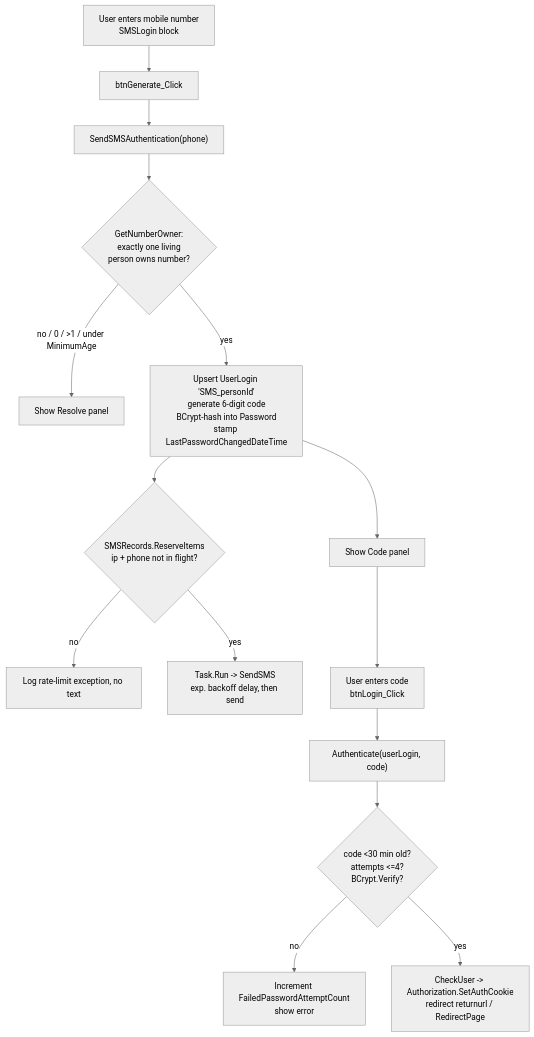
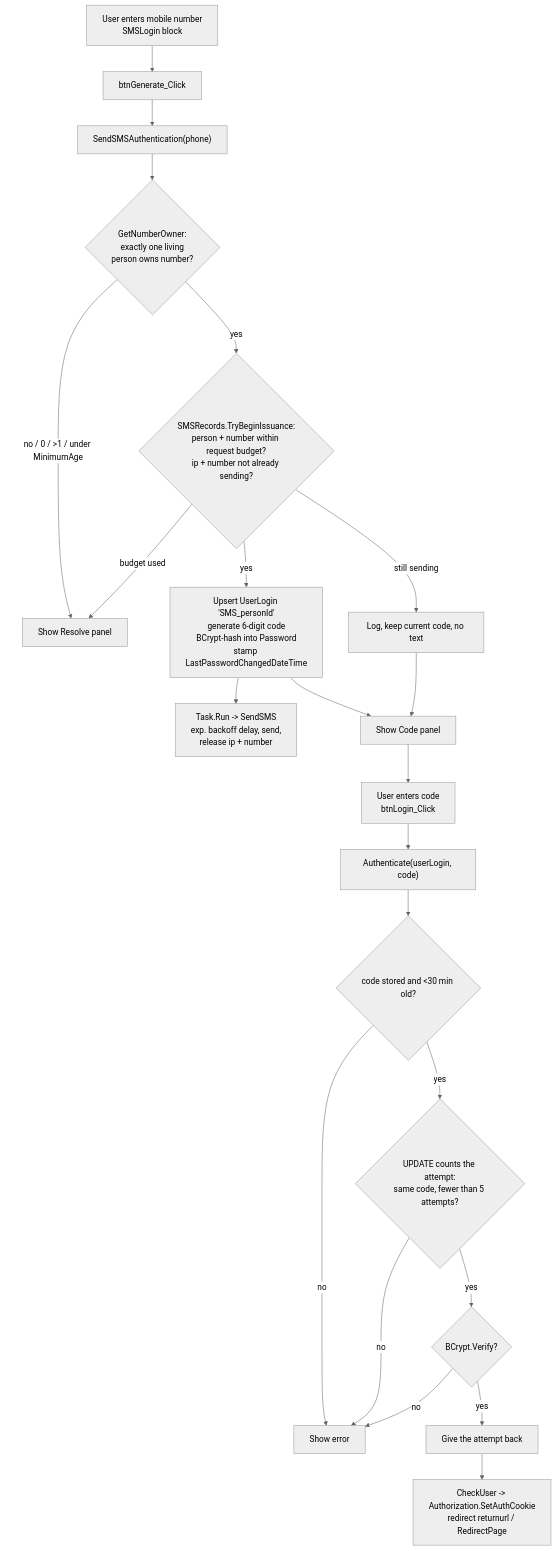
One commit to secc/RockPlugins changed the diagram in Plugins/org.secc.Authentication/README.md. Above: the diagram before and after it, drawn with Mermaid (neutral theme). The commit also changed other lines of this file and 9 other files, not shown here.

First line of the commit message:
ROCK-8688 ROCK-8875 ROCK-8690 Tighten SMS login code issuance and verification limits (#19)

````diff
--- a/Plugins/org.secc.Authentication/README.md
+++ b/Plugins/org.secc.Authentication/README.md
@@ -31,17 +32,24 @@
 ```mermaid
 flowchart TD
     A[User enters mobile number<br/>SMSLogin block] --> B[btnGenerate_Click]
     B --> C["SendSMSAuthentication(phone)"]
     C --> D{GetNumberOwner:<br/>exactly one living<br/>person owns number?}
     D -->|no / 0 / >1 / under MinimumAge| E[Show Resolve panel]
-    D -->|yes| F[Upsert UserLogin 'SMS_personId'<br/>generate 6-digit code<br/>BCrypt-hash into Password<br/>stamp LastPasswordChangedDateTime]
-    F --> G{SMSRecords.ReserveItems<br/>ip + phone not in flight?}
-    G -->|no| H[Log rate-limit exception, no text]
-    G -->|yes| I[Task.Run -> SendSMS<br/>exp. backoff delay, then send]
-    F --> J[Show Code panel]
+    D -->|yes| F{SMSRecords.TryBeginIssuance:<br/>person + number within request budget?<br/>ip + number not already sending?}
+    F -->|budget used| E
+    F -->|still sending| H[Log, keep current code, no text]
+    F -->|yes| G[Upsert UserLogin 'SMS_personId'<br/>generate 6-digit code<br/>BCrypt-hash into Password<br/>stamp LastPasswordChangedDateTime]
+    G --> I[Task.Run -> SendSMS<br/>exp. backoff delay, send,<br/>release ip + number]
+    G --> J[Show Code panel]
+    H --> J
     J --> K[User enters code<br/>btnLogin_Click]
     K --> L["Authenticate(userLogin, code)"]
-    L --> M{code <30 min old?<br/>attempts <=4?<br/>BCrypt.Verify?}
-    M -->|no| N[Increment FailedPasswordAttemptCount<br/>show error]
-    M -->|yes| O[CheckUser -> Authorization.SetAuthCookie<br/>redirect returnurl / RedirectPage]
+    L --> M{code stored and <30 min old?}
+    M -->|no| N[Show error]
+    M -->|yes| P{UPDATE counts the attempt:<br/>same code, fewer than 5 attempts?}
+    P -->|no| N
+    P -->|yes| Q{BCrypt.Verify?}
+    Q -->|no| N
+    Q -->|yes| R[Give the attempt back]
+    R --> O[CheckUser -> Authorization.SetAuthCookie<br/>redirect returnurl / RedirectPage]
 ```
````
